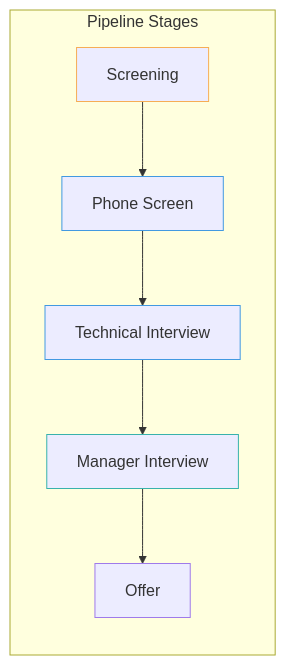
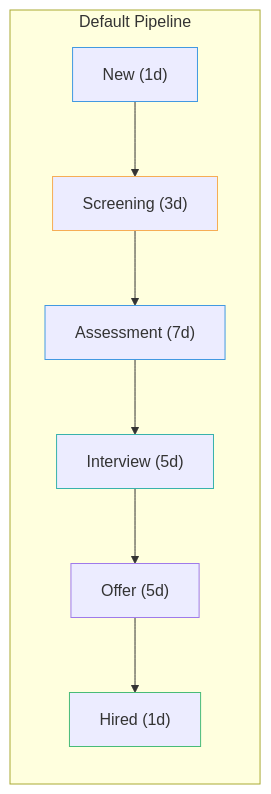
Before and after one commit to 3pontos-tech/recruit-party-quest: the third of 4 diagrams in app-modules/recruitment/README.md, drawn with Mermaid. The commit also changed other lines of this file, not shown here.

Commit message:
docs(recruitment): corrige StageTypeEnum e pipeline padrao apos remocao de stages terminais

````diff
--- a/app-modules/recruitment/README.md
+++ b/app-modules/recruitment/README.md
@@ -224,18 +233,20 @@
 ```mermaid
 graph LR
-    subgraph Pipeline Stages
-        S1[Screening]
-        S2[Phone Screen]
-        S3[Technical Interview]
-        S4[Manager Interview]
-        S5[Offer]
+    subgraph Default Pipeline
+        S1["New (1d)"]
+        S2["Screening (3d)"]
+        S3["Assessment (7d)"]
+        S4["Interview (5d)"]
+        S5["Offer (5d)"]
+        S6["Hired (1d)"]
     end
 
-    S1 --> S2 --> S3 --> S4 --> S5
+    S1 --> S2 --> S3 --> S4 --> S5 --> S6
 
-    style S1 stroke:#f6ad55
-    style S2 stroke:#4299e1
+    style S1 stroke:#4299e1
+    style S2 stroke:#f6ad55
     style S3 stroke:#4299e1
     style S4 stroke:#38b2ac
     style S5 stroke:#9f7aea
+    style S6 stroke:#48bb78
 ```
````
